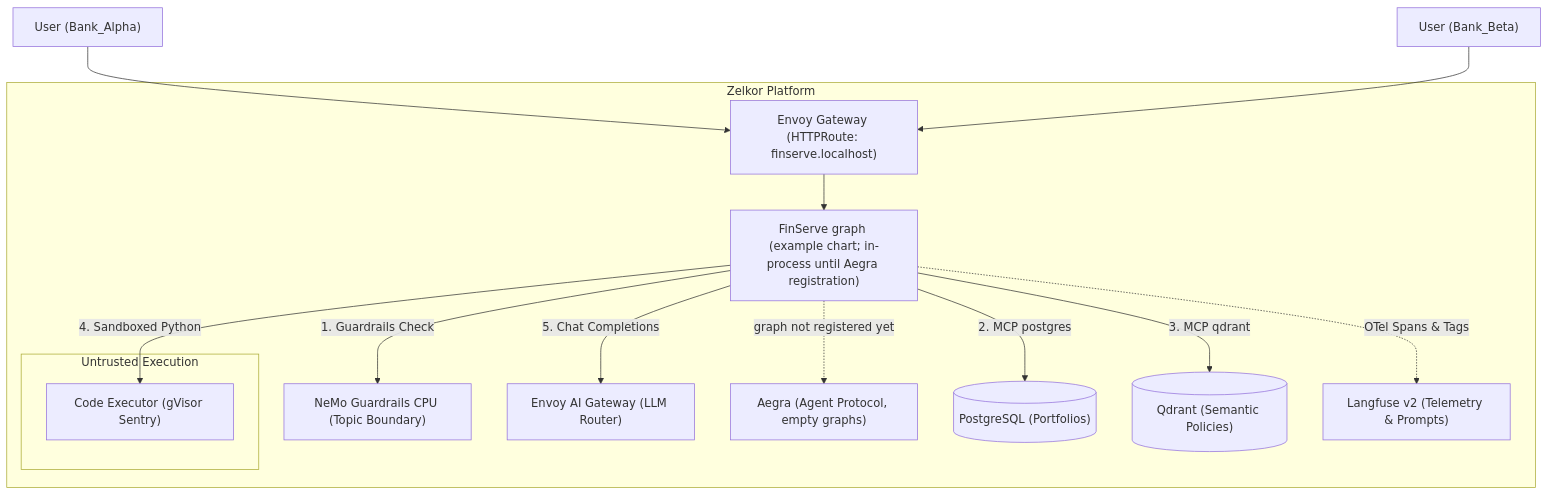
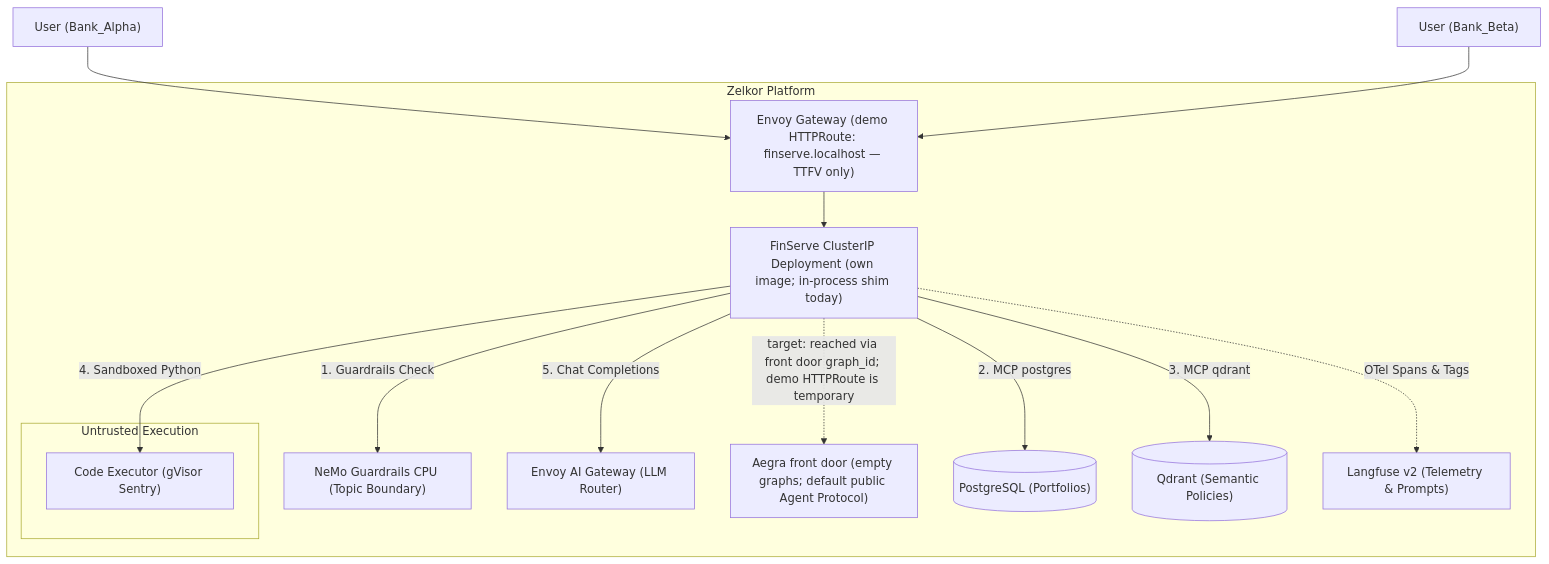
The diagram in examples/finserve/README.md (devopssquaddev/zelkor-platform), drawn with Mermaid before and after one commit. The commit also changed other lines of this file and 64 other files, not shown here.

````diff
--- a/examples/finserve/README.md
+++ b/examples/finserve/README.md
@@ -22,32 +22,32 @@
 ```mermaid
 flowchart TD
     UserAlpha["User (Bank_Alpha)"]
     UserBeta["User (Bank_Beta)"]
     
     subgraph platform ["Zelkor Platform"]
-        Gateway["Envoy Gateway (HTTPRoute: finserve.localhost)"]
-        Agent["FinServe graph (example chart; in-process until Aegra registration)"]
+        Gateway["Envoy Gateway (demo HTTPRoute: finserve.localhost — TTFV only)"]
+        Agent["FinServe ClusterIP Deployment (own image; in-process shim today)"]
         NeMo["NeMo Guardrails CPU (Topic Boundary)"]
         AIGateway["Envoy AI Gateway (LLM Router)"]
-        Aegra["Aegra (Agent Protocol, empty graphs)"]
+        Aegra["Aegra front door (empty graphs; default public Agent Protocol)"]
         Postgres[("PostgreSQL (Portfolios)")]
         Qdrant[("Qdrant (Semantic Policies)")]
         Langfuse["Langfuse v2 (Telemetry & Prompts)"]
         
         subgraph sandbox ["Untrusted Execution"]
             CodeExec["Code Executor (gVisor Sentry)"]
         end
     end
 
     UserAlpha --> Gateway
     UserBeta --> Gateway
     Gateway --> Agent
     
     Agent -->|"1. Guardrails Check"| NeMo
     Agent -->|"2. MCP postgres"| Postgres
     Agent -->|"3. MCP qdrant"| Qdrant
     Agent -->|"4. Sandboxed Python"| CodeExec
     Agent -->|"5. Chat Completions"| AIGateway
-    Agent -.->|"graph not registered yet"| Aegra
+    Agent -.->|"target: reached via front door graph_id; demo HTTPRoute is temporary"| Aegra
     Agent -.->|"OTel Spans & Tags"| Langfuse
 ```
````
